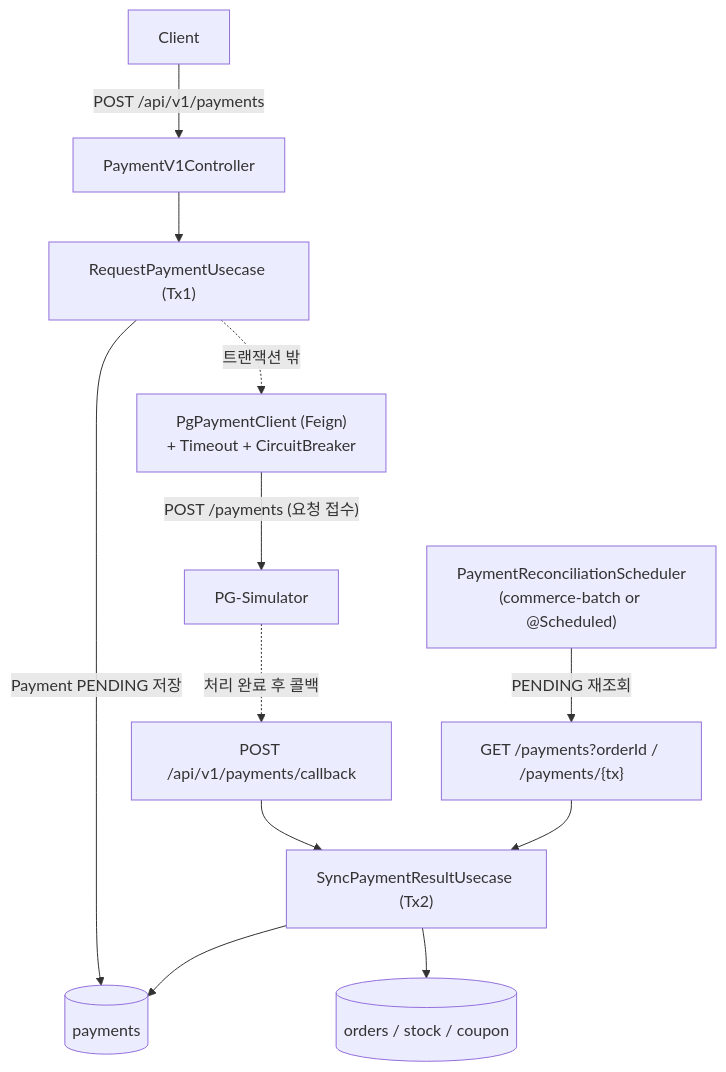
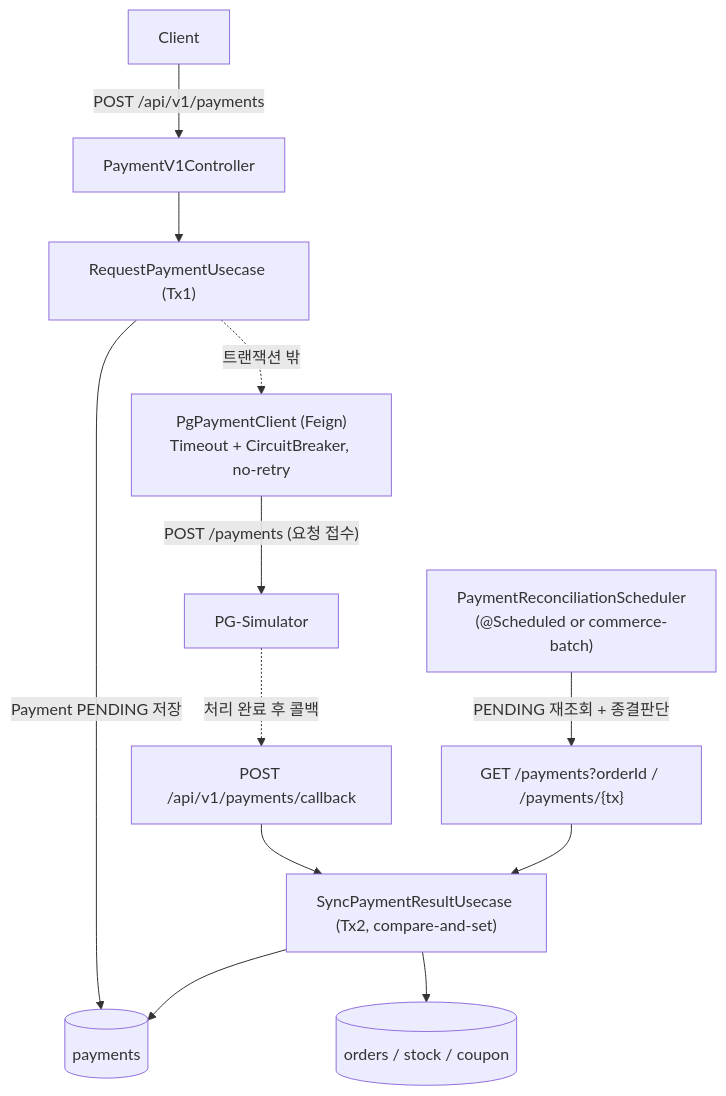
The second of 5 diagrams in docs/payment/round6-payment-integration.md (loopers-labs/loop-pack-be-l2-vol4-kotlin), drawn with Mermaid before and after one commit. The commit also changed other lines of this file, not shown here.

First line of the commit message:
docs: revise round6 payment design per review (R1-R7)

````diff
--- a/docs/payment/round6-payment-integration.md
+++ b/docs/payment/round6-payment-integration.md
@@ -47,14 +53,14 @@
 ```mermaid
 flowchart TD
     C["Client"] -->|"POST /api/v1/payments"| API["PaymentV1Controller"]
     API --> UC["RequestPaymentUsecase (Tx1)"]
     UC -->|"Payment PENDING 저장"| DB[("payments")]
-    UC -. "트랜잭션 밖" .-> PG["PgPaymentClient (Feign)\n+ Timeout + CircuitBreaker"]
+    UC -. "트랜잭션 밖" .-> PG["PgPaymentClient (Feign)\nTimeout + CircuitBreaker, no-retry"]
     PG -->|"POST /payments (요청 접수)"| SIM["PG-Simulator"]
     SIM -. "처리 완료 후 콜백" .-> CB["POST /api/v1/payments/callback"]
-    CB --> SYNC["SyncPaymentResultUsecase (Tx2)"]
+    CB --> SYNC["SyncPaymentResultUsecase (Tx2, compare-and-set)"]
     SYNC --> DB
     SYNC --> ORD[("orders / stock / coupon")]
-    SCHED["PaymentReconciliationScheduler\n(commerce-batch or @Scheduled)"] -->|"PENDING 재조회"| PG2["GET /payments?orderId / /payments/{tx}"]
+    SCHED["PaymentReconciliationScheduler\n(@Scheduled or commerce-batch)"] -->|"PENDING 재조회 + 종결판단"| PG2["GET /payments?orderId / /payments/{tx}"]
     PG2 --> SYNC
 ```
````
